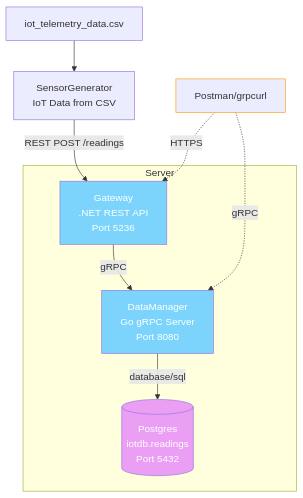
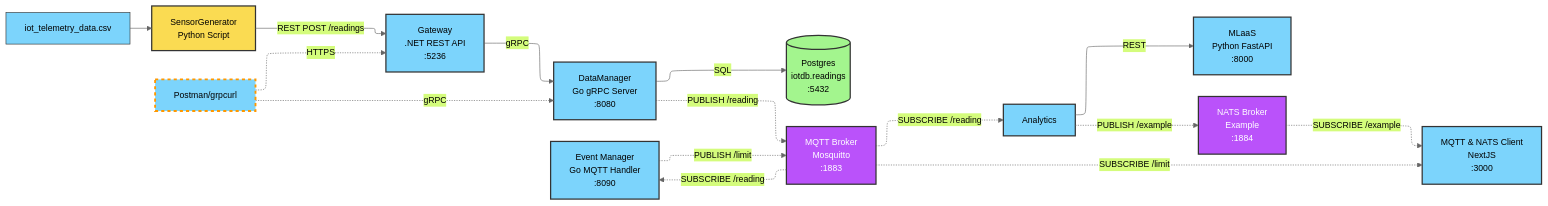
The diagram in README.md (39matt/Microservices), drawn with Mermaid before and after one commit.

Commit message:
edit: readme diagram

````diff
--- a/README.md
+++ b/README.md
@@ -22,26 +8,44 @@
 ```mermaid
-graph TB
-    Data[iot_telemetry_data.csv] -->  SG
-    SG[SensorGenerator<br/>IoT Data from CSV] -->|REST POST /readings| GW[Gateway<br/>.NET REST API<br/>Port 5236]
-    PM[Postman/grpcurl] -.->|HTTPS| GW
-    PM -.->|gRPC| DM
+---
+config:
+  theme: base
+  themeVariables:
+    primaryColor: '#7cd4fc'
+    primaryTextColor: '#000'
+    primaryBorderColor: '#333'
+    lineColor: '#666'
+    fontSize: 14px
+  layout: elk
+---
+flowchart LR
+    CSV["iot_telemetry_data.csv"] --> SG["SensorGenerator<br>Python Script"]
+    SG -- REST POST /readings --> GW["Gateway<br>.NET REST API<br>:5236"]
+    GW -- gRPC --> DM["DataManager<br>Go gRPC Server<br>:8080"]
+    DM -- SQL --> DB[("Postgres<br>iotdb.readings<br>:5432")]
+    DM -. PUBLISH /reading .-> MQTT["MQTT Broker<br>Mosquitto<br>:1883"]
+    MQTT -. SUBSCRIBE /reading .-> EM["Event Manager<br>Go MQTT Handler<br>:8090"] & AL["Analytics"]
+    EM -. PUBLISH /limit .-> MQTT
+    AL -- REST --> ML["MLaaS<br>Python FastAPI<br>:8000"]
+    AL -. PUBLISH /example .-> NATS["NATS Broker<br>Example<br>:1884"]
+    MQTT -. SUBSCRIBE /limit .-> CLIENT["MQTT &amp; NATS Client<br>NextJS<br>:3000"]
+    NATS -. SUBSCRIBE /example .-> CLIENT
+    PM["Postman/grpcurl"] -. HTTPS .-> GW
+    PM -. gRPC .-> DM
 
-    GW -->|gRPC| DM[DataManager<br/>Go gRPC Server<br/>Port 8080]
-    DM -->|database/sql| DB[(Postgres<br/>iotdb.readings<br/>Port 5432)]
-    
-    subgraph Server ["Server"]
-        GW
-        DM
-        DB
-    end
-    
-
-    
-    classDef service fill:#7cd4fc,color:white
-    classDef db fill:#ea9ff5,color:white
-    classDef test stroke:#ff9800
-    class GW,DM service
-    class DB db
-    class PM test
-
+     SG:::generator
+     GW:::service
+     DM:::service
+     DB:::db
+     EM:::service
+     MQTT:::broker
+     NATS:::broker
+     AL:::service
+     ML:::service
+     CLIENT:::service
+     PM:::test
+    classDef service fill:#7cd4fc,stroke:#333,stroke-width:2px,color:#000
+    classDef db fill:#a3f58e,stroke:#333,stroke-width:2px,color:#000
+    classDef broker fill:#ba52fa,stroke:#333,stroke-width:2px,color:#fff
+    classDef generator fill:#fadb52,stroke:#333,stroke-width:2px,color:#000
+    classDef test stroke:#ff9800,stroke-width:3px,stroke-dasharray: 5 5
 ```
````
